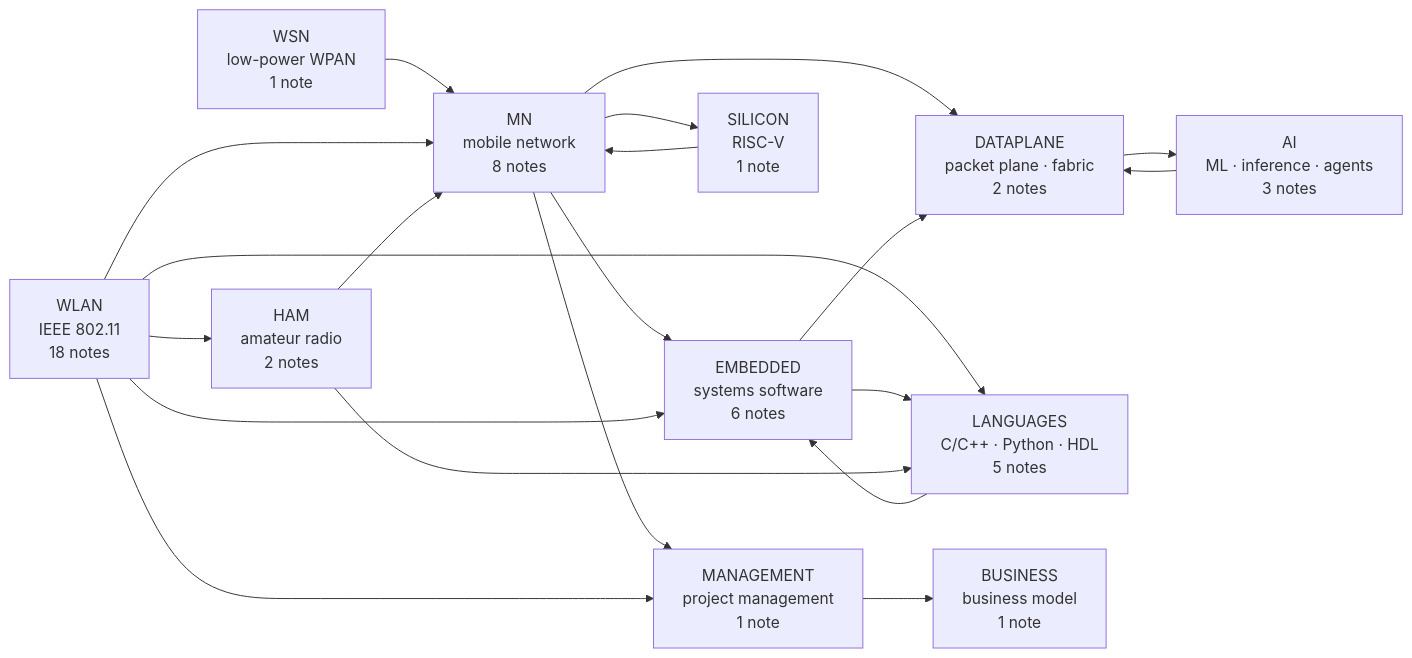
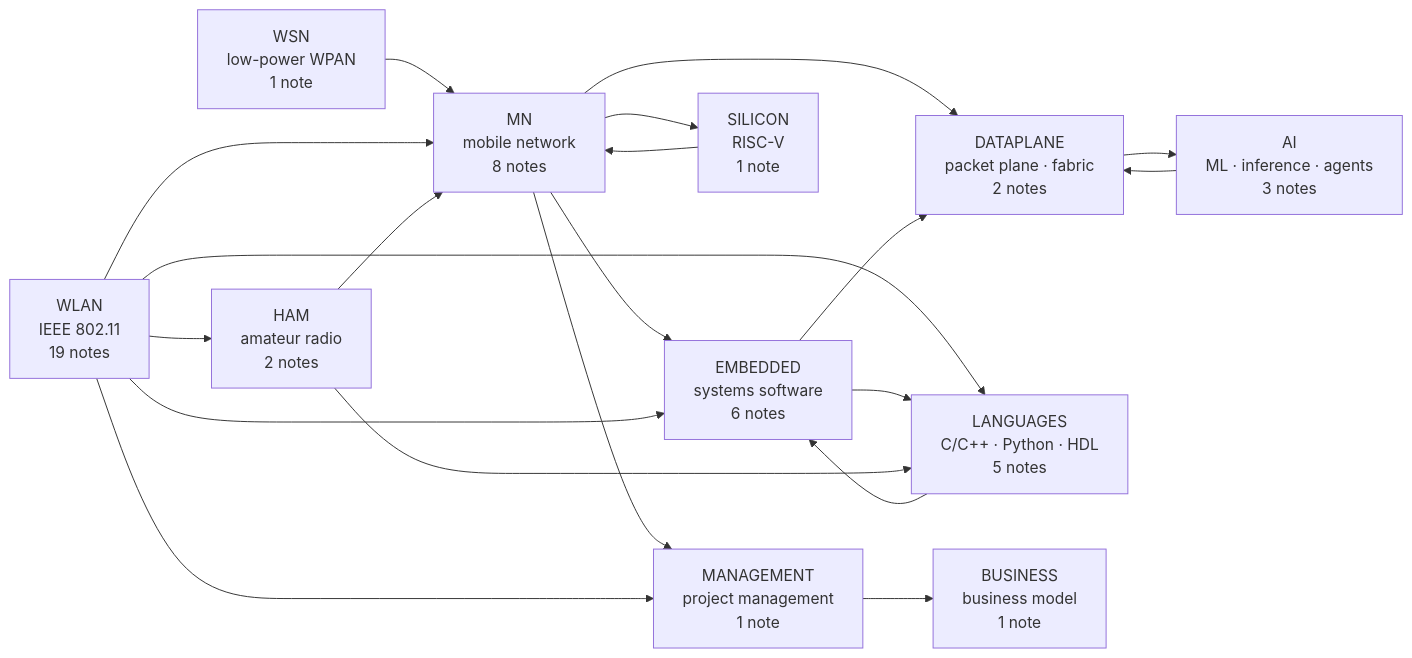
One commit to washingtonxr/xSkills changed the diagram in knowledge-graph/00 MOC - Comms x Compute x AI Knowledge Graph.md. Above: the diagram before and after it, drawn with Mermaid. The commit also changed other lines of this file and 6 other files, not shown here.

````diff
--- a/knowledge-graph/00 MOC - Comms x Compute x AI Knowledge Graph.md
+++ b/knowledge-graph/00 MOC - Comms x Compute x AI Knowledge Graph.md
@@ -37,34 +37,34 @@
 ```mermaid
 flowchart LR
     MN["MN<br/>mobile network<br/>8 notes"]
-    WLAN["WLAN<br/>IEEE 802.11<br/>18 notes"]
+    WLAN["WLAN<br/>IEEE 802.11<br/>19 notes"]
     WSN["WSN<br/>low-power WPAN<br/>1 note"]
     EMBEDDED["EMBEDDED<br/>systems software<br/>6 notes"]
     DATAPLANE["DATAPLANE<br/>packet plane · fabric<br/>2 notes"]
     AI["AI<br/>ML · inference · agents<br/>3 notes"]
     SILICON["SILICON<br/>RISC-V<br/>1 note"]
     LANGUAGES["LANGUAGES<br/>C/C++ · Python · HDL<br/>5 notes"]
     MANAGEMENT["MANAGEMENT<br/>project management<br/>1 note"]
     BUSINESS["BUSINESS<br/>business model<br/>1 note"]
     HAM["HAM<br/>amateur radio<br/>2 notes"]
 
     WSN --> MN
     WLAN --> MN
     MN --> EMBEDDED
     MN --> DATAPLANE
     MN --> SILICON
     SILICON --> MN
     WLAN --> EMBEDDED
     WLAN --> LANGUAGES
     EMBEDDED --> LANGUAGES
     LANGUAGES --> EMBEDDED
     EMBEDDED --> DATAPLANE
     DATAPLANE --> AI
     AI --> DATAPLANE
     MN --> MANAGEMENT
     WLAN --> HAM
     HAM --> MN
     HAM --> LANGUAGES
     WLAN --> MANAGEMENT
     MANAGEMENT --> BUSINESS
 ```
````
